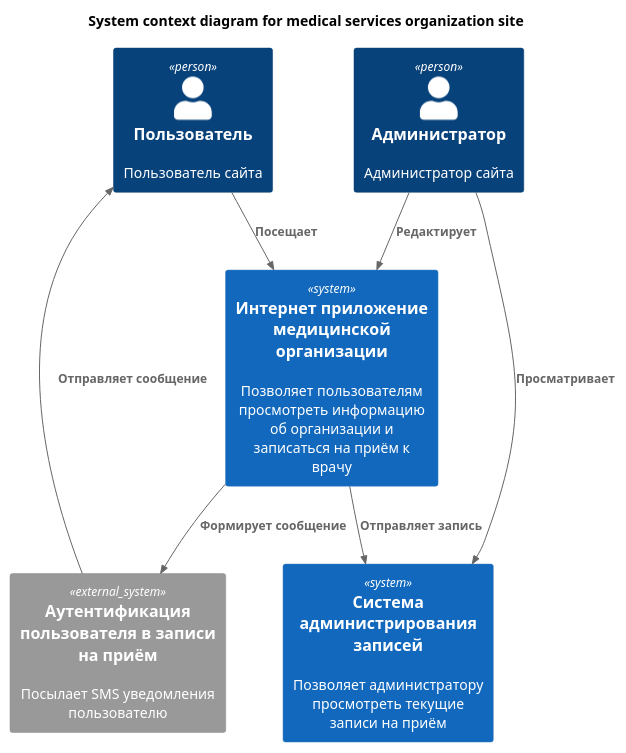
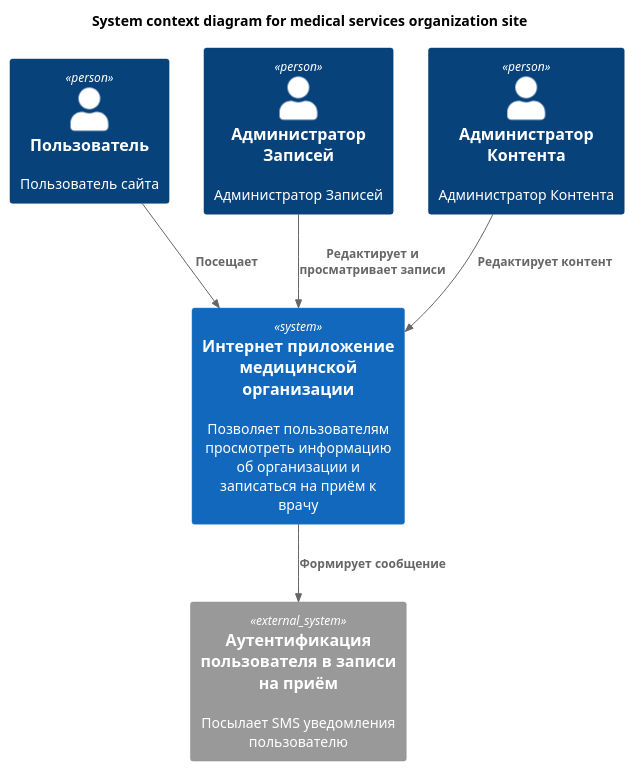
One commit to Vovkarik/CardioDom changed the diagram in docs/UML/ContextDiagram.puml. Above: the diagram before and after it, drawn with PlantUML. The commit also changed 6 other files, not shown here.

```diff
--- a/docs/UML/ContextDiagram.puml
+++ b/docs/UML/ContextDiagram.puml
@@ -1,23 +1,20 @@
 @startuml
 !includeurl https://raw.githubusercontent.com/RicardoNiepel/C4-PlantUML/master/C4_Context.puml
 ' uncomment the following line and comment the first to use locally
 ' !include C4_Context.puml
 
 ' LAYOUT_WITH_LEGEND
 
 title System context diagram for medical services organization site
 
 Person(customer, "Пользователь", "Пользователь сайта")
-Person(admin, "Администратор", "Администратор сайта")
-
+Person(appointment_admin, Администратор Записей, "Администратор Записей")
+Person(content_admin, "Администратор Контента", "Администратор Контента")
 System(site, "Интернет приложение медицинской организации", "Позволяет пользователям просмотреть информацию об организации и записаться на приём к врачу")
-System(crm, "Система администрирования записей", "Позволяет администратору просмотреть текущие записи на приём")
 System_Ext(SMS, "Аутентификация пользователя в записи на приём", "Посылает SMS уведомления пользователю")
 
 Rel(customer, site, "Посещает")
-Rel(admin, crm, "Просматривает")
-Rel(admin, site, "Редактирует")
-Rel(site, crm, "Отправляет запись")
+Rel(content_admin, site, "Редактирует контент")
+Rel(appointment_admin, site, "Редактирует и просматривает записи")
 Rel(site, SMS, "Формирует сообщение")
-Rel(SMS, customer, "Отправляет сообщение")
 @enduml
```
